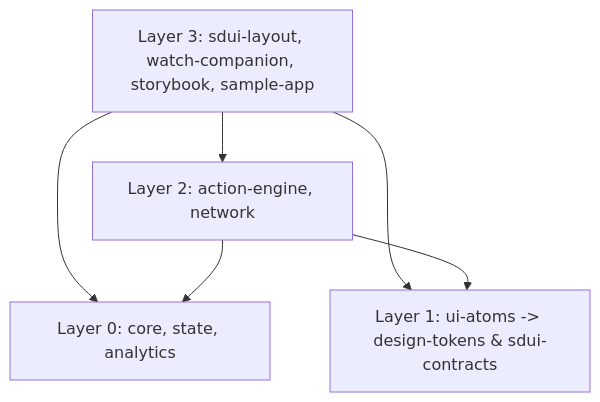
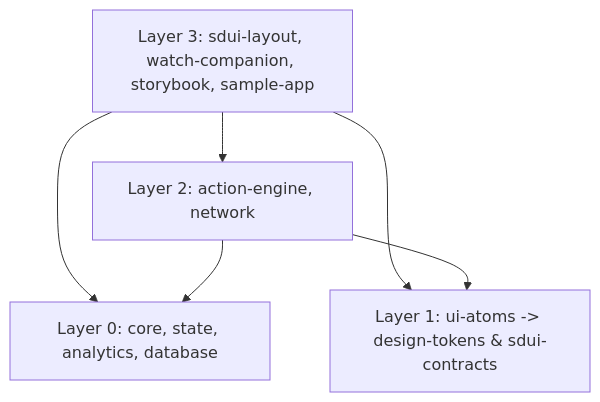
Before and after one commit to Abeta-dev/kmp: the diagram in wiki/Architecture-Overview.md, drawn with Mermaid. The commit also changed other lines of this file and 45 other files, not shown here.

````diff
--- a/wiki/Architecture-Overview.md
+++ b/wiki/Architecture-Overview.md
@@ -9,13 +9,13 @@
 ```mermaid
 flowchart TB
     L3["Layer 3: sdui-layout, watch-companion, storybook, sample-app"]
     L2["Layer 2: action-engine, network"]
     L1["Layer 1: ui-atoms -> design-tokens & sdui-contracts"]
-    L0["Layer 0: core, state, analytics"]
+    L0["Layer 0: core, state, analytics, database"]
 
     L3 --> L2
     L3 --> L1
     L3 --> L0
     L2 --> L0
     L2 --> L1
 ```
````
